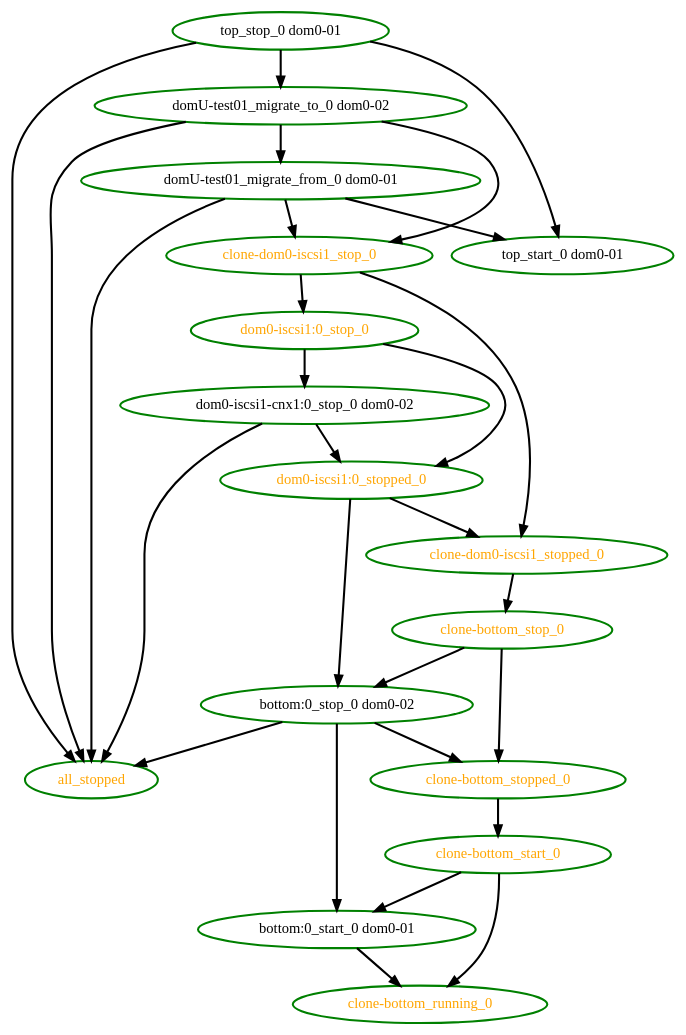
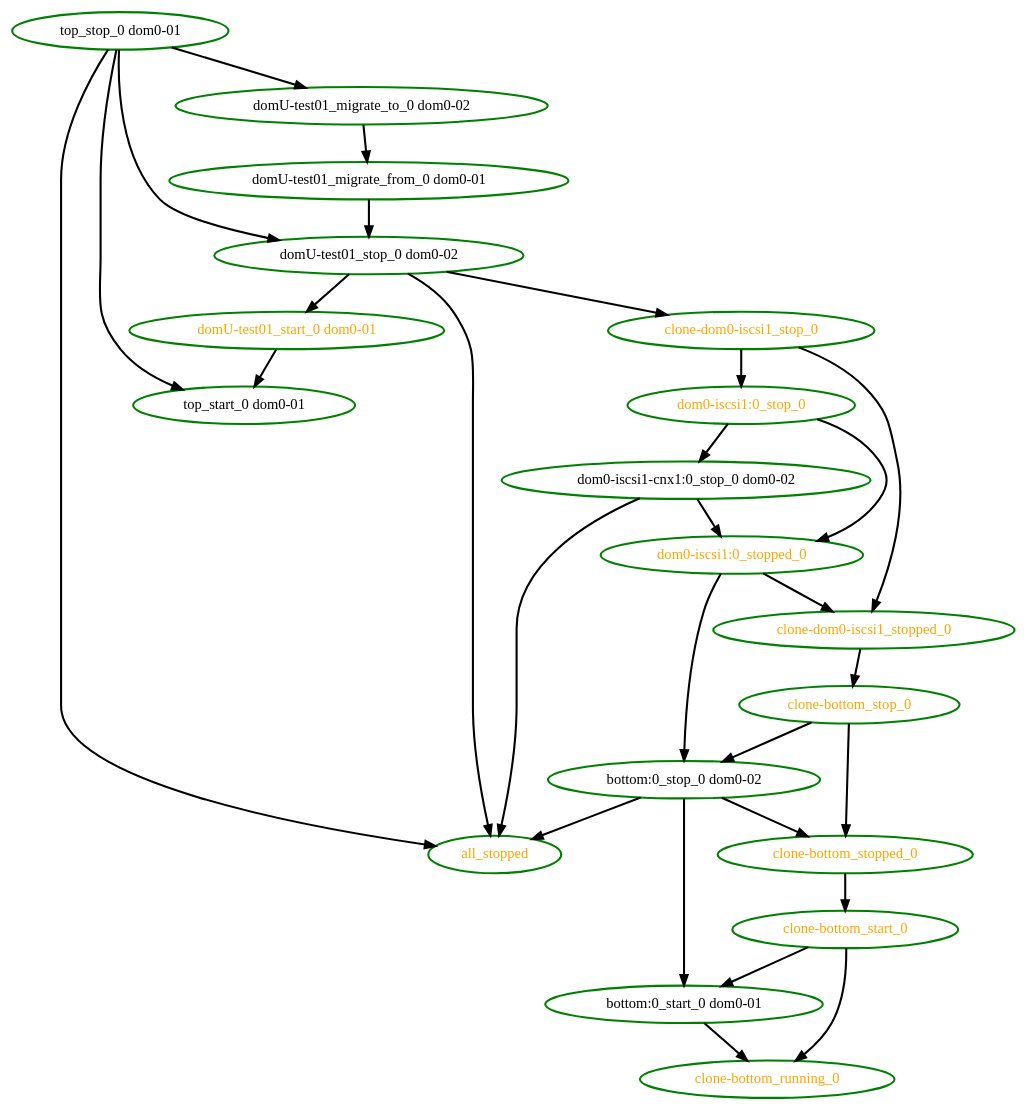
One commit to ClusterLabs/pacemaker changed the diagram in pengine/test10/migrate-stop-start-complex.dot. Above: the diagram before and after it, drawn with Graphviz. The commit also changed 353 other files, not shown here.

```diff
--- a/pengine/test10/migrate-stop-start-complex.dot
+++ b/pengine/test10/migrate-stop-start-complex.dot
@@ -1,45 +1,48 @@
 digraph "g" {
 "all_stopped" [ style=bold color="green" fontcolor="orange"  ]
 "bottom:0_start_0 dom0-01" -> "clone-bottom_running_0" [ style = bold]
 "bottom:0_start_0 dom0-01" [ style=bold color="green" fontcolor="black"  ]
 "bottom:0_stop_0 dom0-02" -> "all_stopped" [ style = bold]
 "bottom:0_stop_0 dom0-02" -> "bottom:0_start_0 dom0-01" [ style = bold]
 "bottom:0_stop_0 dom0-02" -> "clone-bottom_stopped_0" [ style = bold]
 "bottom:0_stop_0 dom0-02" [ style=bold color="green" fontcolor="black"  ]
 "clone-bottom_running_0" [ style=bold color="green" fontcolor="orange"  ]
 "clone-bottom_start_0" -> "bottom:0_start_0 dom0-01" [ style = bold]
 "clone-bottom_start_0" -> "clone-bottom_running_0" [ style = bold]
 "clone-bottom_start_0" [ style=bold color="green" fontcolor="orange"  ]
 "clone-bottom_stop_0" -> "bottom:0_stop_0 dom0-02" [ style = bold]
 "clone-bottom_stop_0" -> "clone-bottom_stopped_0" [ style = bold]
 "clone-bottom_stop_0" [ style=bold color="green" fontcolor="orange"  ]
 "clone-bottom_stopped_0" -> "clone-bottom_start_0" [ style = bold]
 "clone-bottom_stopped_0" [ style=bold color="green" fontcolor="orange"  ]
 "clone-dom0-iscsi1_stop_0" -> "clone-dom0-iscsi1_stopped_0" [ style = bold]
 "clone-dom0-iscsi1_stop_0" -> "dom0-iscsi1:0_stop_0" [ style = bold]
 "clone-dom0-iscsi1_stop_0" [ style=bold color="green" fontcolor="orange"  ]
 "clone-dom0-iscsi1_stopped_0" -> "clone-bottom_stop_0" [ style = bold]
 "clone-dom0-iscsi1_stopped_0" [ style=bold color="green" fontcolor="orange"  ]
 "dom0-iscsi1-cnx1:0_stop_0 dom0-02" -> "all_stopped" [ style = bold]
 "dom0-iscsi1-cnx1:0_stop_0 dom0-02" -> "dom0-iscsi1:0_stopped_0" [ style = bold]
 "dom0-iscsi1-cnx1:0_stop_0 dom0-02" [ style=bold color="green" fontcolor="black"  ]
 "dom0-iscsi1:0_stop_0" -> "dom0-iscsi1-cnx1:0_stop_0 dom0-02" [ style = bold]
 "dom0-iscsi1:0_stop_0" -> "dom0-iscsi1:0_stopped_0" [ style = bold]
 "dom0-iscsi1:0_stop_0" [ style=bold color="green" fontcolor="orange"  ]
 "dom0-iscsi1:0_stopped_0" -> "bottom:0_stop_0 dom0-02" [ style = bold]
 "dom0-iscsi1:0_stopped_0" -> "clone-dom0-iscsi1_stopped_0" [ style = bold]
 "dom0-iscsi1:0_stopped_0" [ style=bold color="green" fontcolor="orange"  ]
-"domU-test01_migrate_from_0 dom0-01" -> "all_stopped" [ style = bold]
-"domU-test01_migrate_from_0 dom0-01" -> "clone-dom0-iscsi1_stop_0" [ style = bold]
-"domU-test01_migrate_from_0 dom0-01" -> "top_start_0 dom0-01" [ style = bold]
+"domU-test01_migrate_from_0 dom0-01" -> "domU-test01_stop_0 dom0-02" [ style = bold]
 "domU-test01_migrate_from_0 dom0-01" [ style=bold color="green" fontcolor="black"  ]
-"domU-test01_migrate_to_0 dom0-02" -> "all_stopped" [ style = bold]
-"domU-test01_migrate_to_0 dom0-02" -> "clone-dom0-iscsi1_stop_0" [ style = bold]
 "domU-test01_migrate_to_0 dom0-02" -> "domU-test01_migrate_from_0 dom0-01" [ style = bold]
 "domU-test01_migrate_to_0 dom0-02" [ style=bold color="green" fontcolor="black"  ]
+"domU-test01_start_0 dom0-01" -> "top_start_0 dom0-01" [ style = bold]
+"domU-test01_start_0 dom0-01" [ style=bold color="green" fontcolor="orange"  ]
+"domU-test01_stop_0 dom0-02" -> "all_stopped" [ style = bold]
+"domU-test01_stop_0 dom0-02" -> "clone-dom0-iscsi1_stop_0" [ style = bold]
+"domU-test01_stop_0 dom0-02" -> "domU-test01_start_0 dom0-01" [ style = bold]
+"domU-test01_stop_0 dom0-02" [ style=bold color="green" fontcolor="black"  ]
 "top_start_0 dom0-01" [ style=bold color="green" fontcolor="black"  ]
 "top_stop_0 dom0-01" -> "all_stopped" [ style = bold]
 "top_stop_0 dom0-01" -> "domU-test01_migrate_to_0 dom0-02" [ style = bold]
+"top_stop_0 dom0-01" -> "domU-test01_stop_0 dom0-02" [ style = bold]
 "top_stop_0 dom0-01" -> "top_start_0 dom0-01" [ style = bold]
 "top_stop_0 dom0-01" [ style=bold color="green" fontcolor="black"  ]
 }
```
